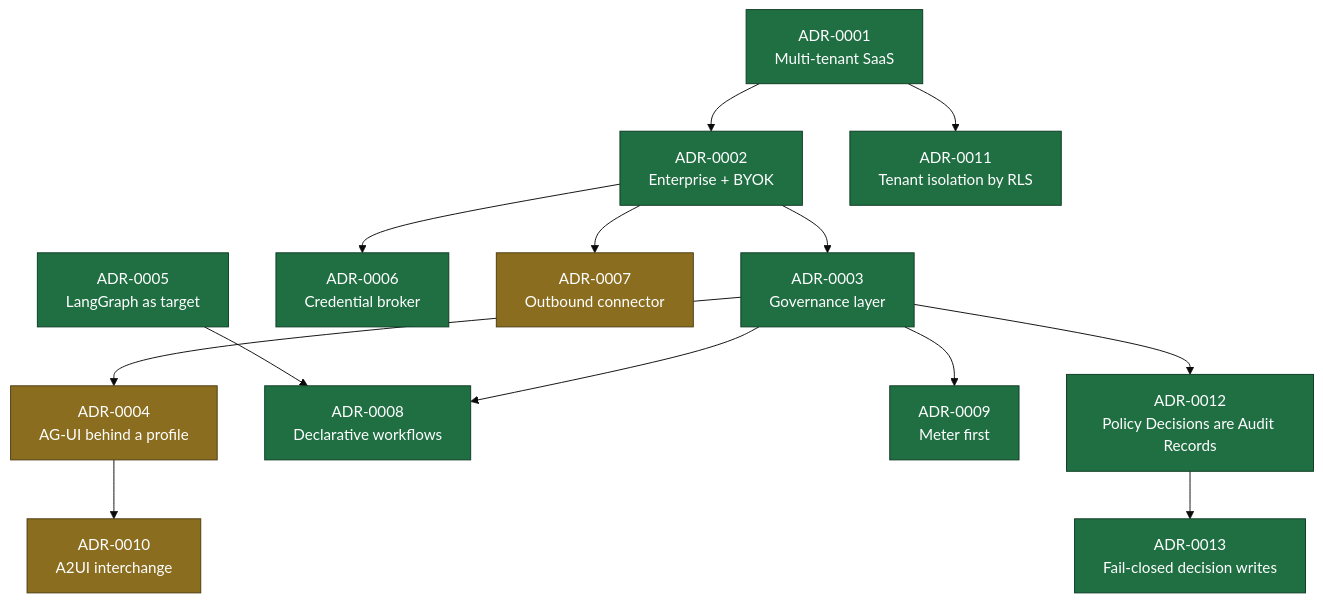
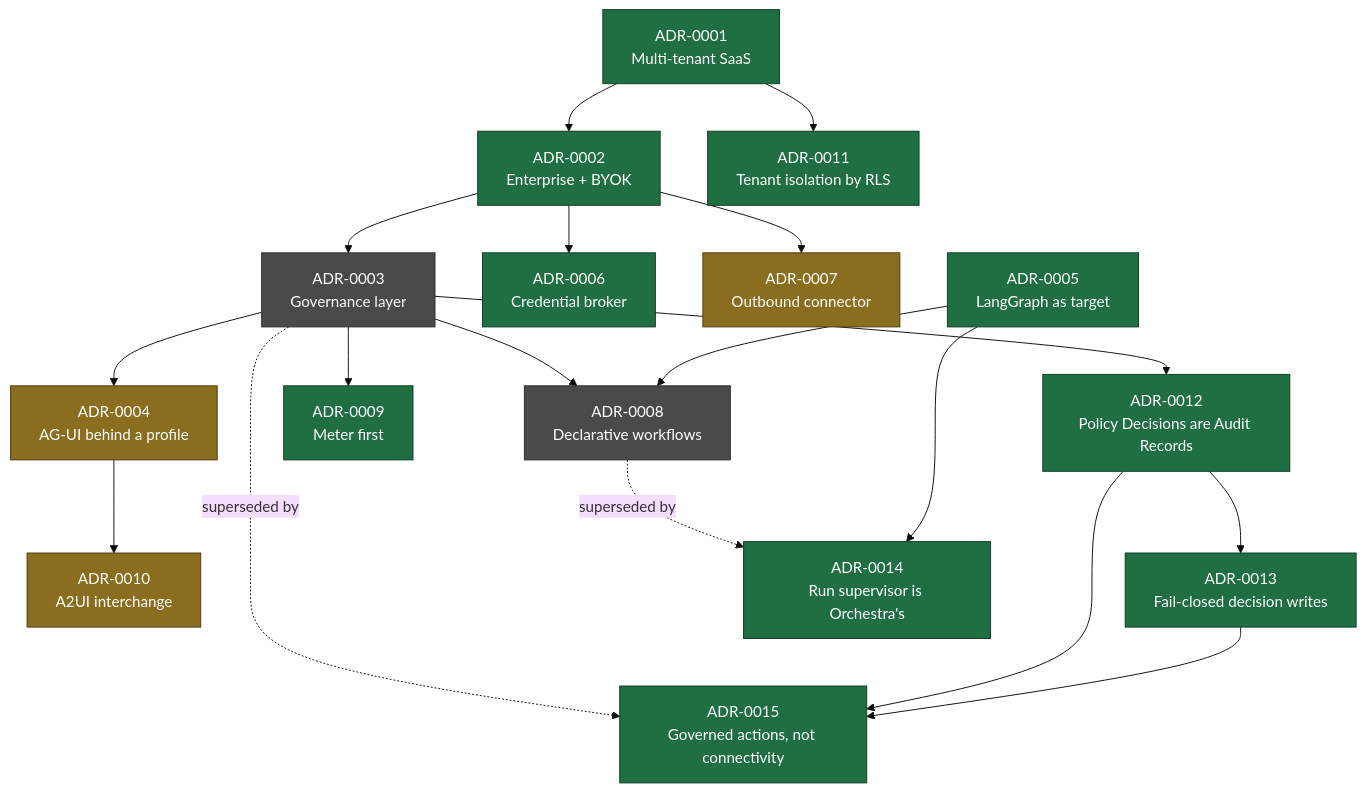
Before and after one commit to ayesigapaul/orchestra: the diagram in docs/adr/README.md, drawn with Mermaid (base theme). The commit also changed other lines of this file and 19 other files, not shown here.

````diff
--- a/docs/adr/README.md
+++ b/docs/adr/README.md
@@ -46,20 +48,27 @@
 ```mermaid
 flowchart TD
   A1["ADR-0001<br/>Multi-tenant SaaS"] --> A2["ADR-0002<br/>Enterprise + BYOK"]
   A2 --> A3["ADR-0003<br/>Governance layer"]
   A2 --> A6["ADR-0006<br/>Credential broker"]
   A2 --> A7["ADR-0007<br/>Outbound connector"]
   A3 --> A4["ADR-0004<br/>AG-UI behind a profile"]
   A3 --> A8["ADR-0008<br/>Declarative workflows"]
   A3 --> A9["ADR-0009<br/>Meter first"]
   A5["ADR-0005<br/>LangGraph as target"] --> A8
   A4 --> A10["ADR-0010<br/>A2UI interchange"]
   A1 --> A11["ADR-0011<br/>Tenant isolation by RLS"]
   A3 --> A12["ADR-0012<br/>Policy Decisions are Audit Records"]
   A12 --> A13["ADR-0013<br/>Fail-closed decision writes"]
+  A8 -.->|superseded by| A14["ADR-0014<br/>Run supervisor is Orchestra's"]
+  A5 --> A14
+  A3 -.->|superseded by| A15["ADR-0015<br/>Governed actions, not connectivity"]
+  A12 --> A15
+  A13 --> A15
 
   classDef accepted fill:#1f6f43,stroke:#0d3b24,color:#fff;
   classDef proposed fill:#8a6d1f,stroke:#4d3c10,color:#fff;
-  class A1,A2,A3,A5,A6,A8,A9,A11,A12,A13 accepted;
+  classDef superseded fill:#4a4a4a,stroke:#2a2a2a,color:#fff;
+  class A1,A2,A5,A6,A9,A11,A12,A13,A14,A15 accepted;
   class A4,A7,A10 proposed;
+  class A3,A8 superseded;
 ```
````
